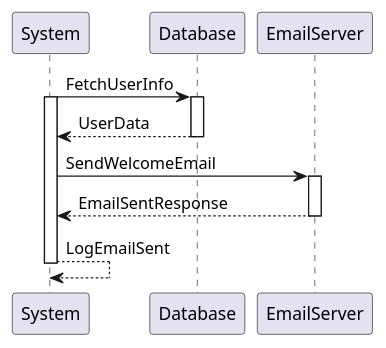
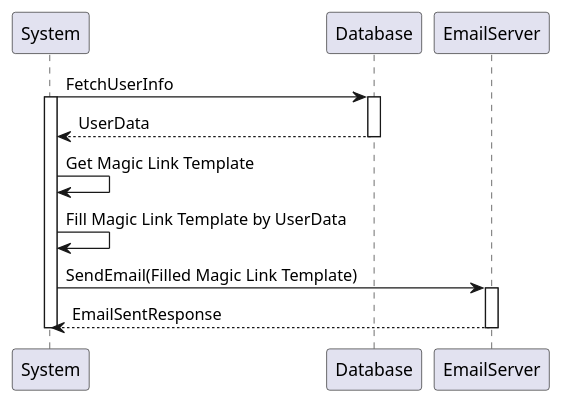
One commit to jadwalapp/symmetrical-spoon changed the third of 15 diagrams in docs/diagrams/sequence-diagrams/all-sequence-diagrams.puml. Above: the diagram before and after it, drawn with PlantUML. The commit also changed other lines of this file and 4 other files, not shown here.

Commit message:
do 3 sequence diagrams

```diff
--- a/docs/diagrams/sequence-diagrams/all-sequence-diagrams.puml
+++ b/docs/diagrams/sequence-diagrams/all-sequence-diagrams.puml
@@ -35,12 +76,14 @@
 @startuml Send Welcome Email
 System -> Database ++ : FetchUserInfo
 activate System
 
 Database --> System -- : UserData
 
-System -> EmailServer ++ : SendWelcomeEmail
+System -> System : Get Magic Link Template
+System -> System : Fill Magic Link Template by UserData
+
+System -> EmailServer ++ : SendEmail(Filled Magic Link Template)
 EmailServer --> System -- : EmailSentResponse
 
-System --> System : LogEmailSent
 deactivate System
 @enduml
```
